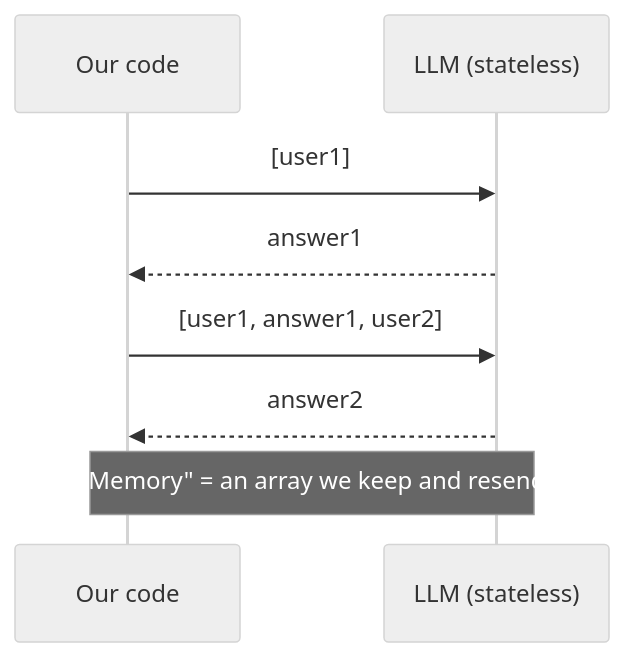
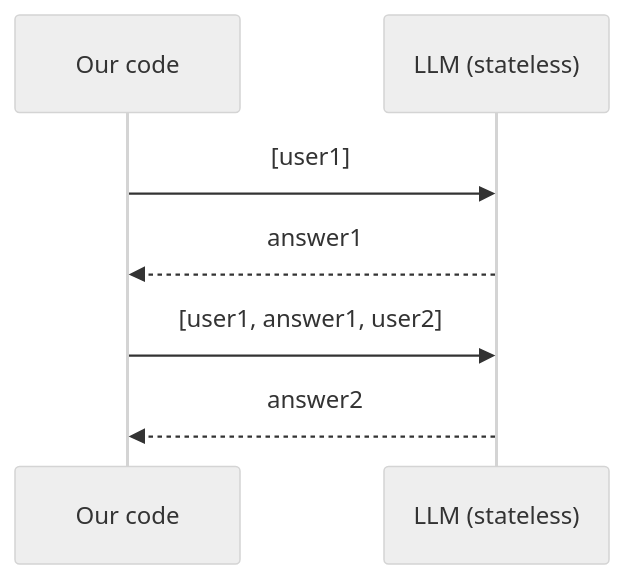
The third of 7 diagrams in PRESENTATION.md (ilsasdo/its-all-about-prompting), drawn with Mermaid (neutral theme) before and after one commit. The commit also changed other lines of this file and 3 other files, not shown here.

Commit message:
Convert presentation to Marp slides with mermaid support

````diff
--- a/PRESENTATION.md
+++ b/PRESENTATION.md
@@ -55,10 +96,9 @@
 ```mermaid
 sequenceDiagram
     participant App as Our code
     participant LLM as LLM (stateless)
     App->>LLM: [user1]
     LLM-->>App: answer1
     App->>LLM: [user1, answer1, user2]
     LLM-->>App: answer2
-    Note over App,LLM: "Memory" = an array we keep and resend
 ```
````
